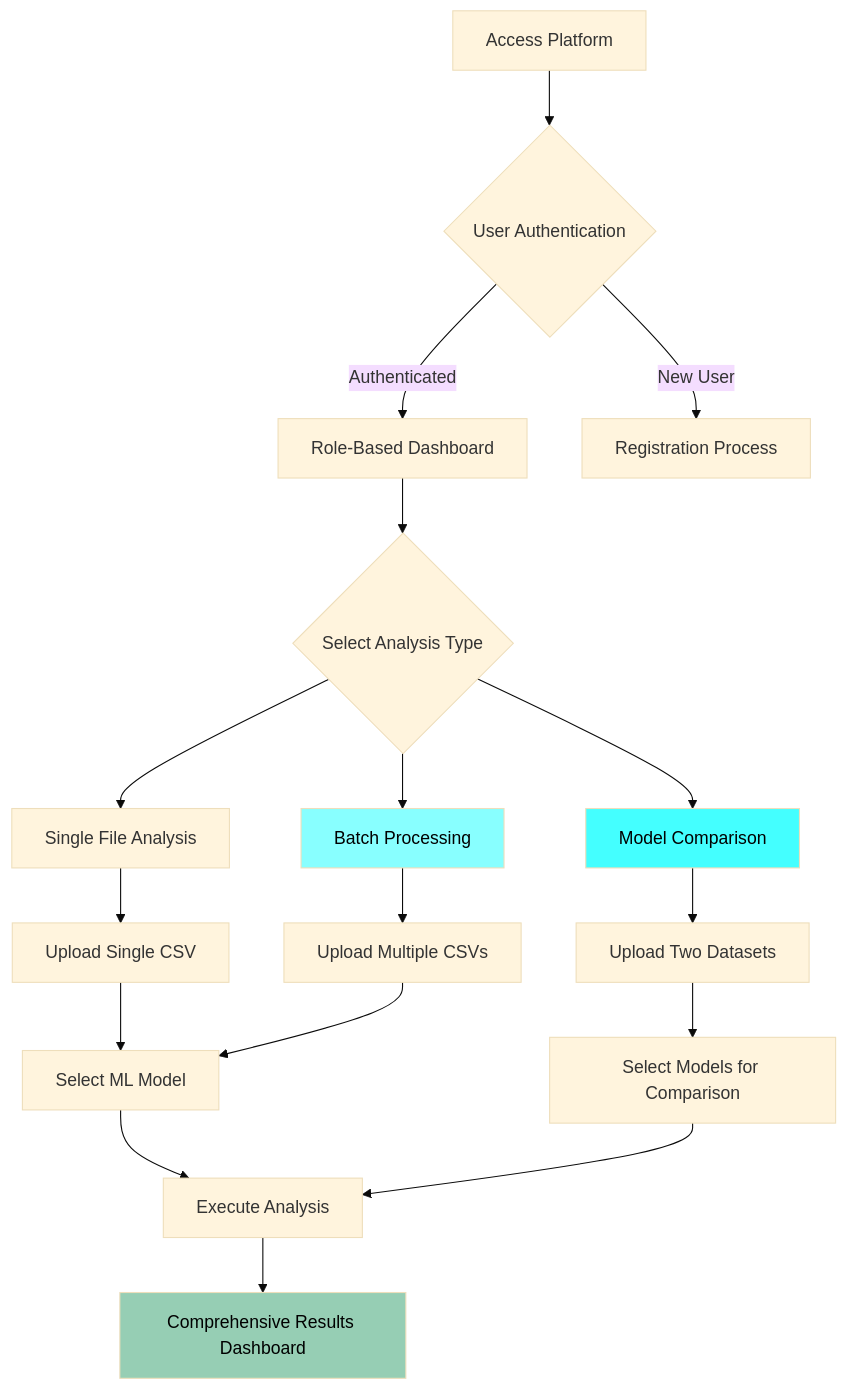
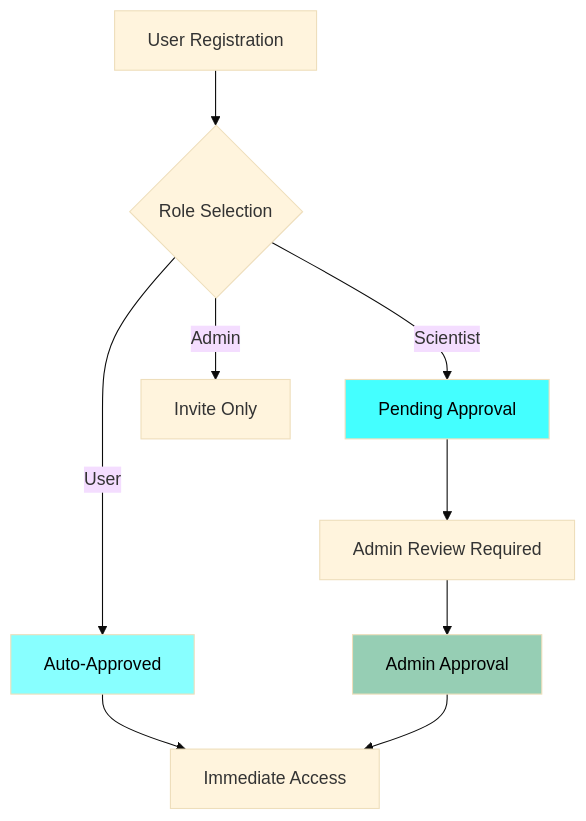
One commit to koffandaff/SpaceX changed the eighth of 8 diagrams in readme.md. Above: the diagram before and after it, drawn with Mermaid (base theme). The commit also changed other lines of this file, not shown here.

````diff
--- a/readme.md
+++ b/readme.md
@@ -603,27 +560,16 @@
 ```mermaid
 graph TB
-    A[Access Platform] --> B{User Authentication}
-    B -->|Authenticated| C[Role-Based Dashboard]
-    B -->|New User| D[Registration Process]
+    A[User Registration] --> B{Role Selection}
+    B -->|User| C[Auto-Approved]
+    B -->|Scientist| D[Pending Approval]
+    B -->|Admin| E[Invite Only]
     
-    C --> E{Select Analysis Type}
-    E --> F[Single File Analysis]
-    E --> G[Batch Processing]
-    E --> H[Model Comparison]
+    C --> F[Immediate Access]
+    D --> G[Admin Review Required]
+    G --> H[Admin Approval]
+    H --> F
     
-    F --> I[Upload Single CSV]
-    G --> J[Upload Multiple CSVs]
-    H --> K[Upload Two Datasets]
-    
-    I --> L[Select ML Model]
-    J --> L
-    K --> M[Select Models for Comparison]
-    
-    L --> N[Execute Analysis]
-    M --> N
-    N --> O[Comprehensive Results Dashboard]
-    
-    style G fill:#88ffff,color:#000
-    style H fill:#44ffff,color:#000
-    style O fill:#96ceb4,color:#000
+    style C fill:#88ffff,color:#000
+    style D fill:#44ffff,color:#000
+    style H fill:#96ceb4,color:#000
 ```
````
